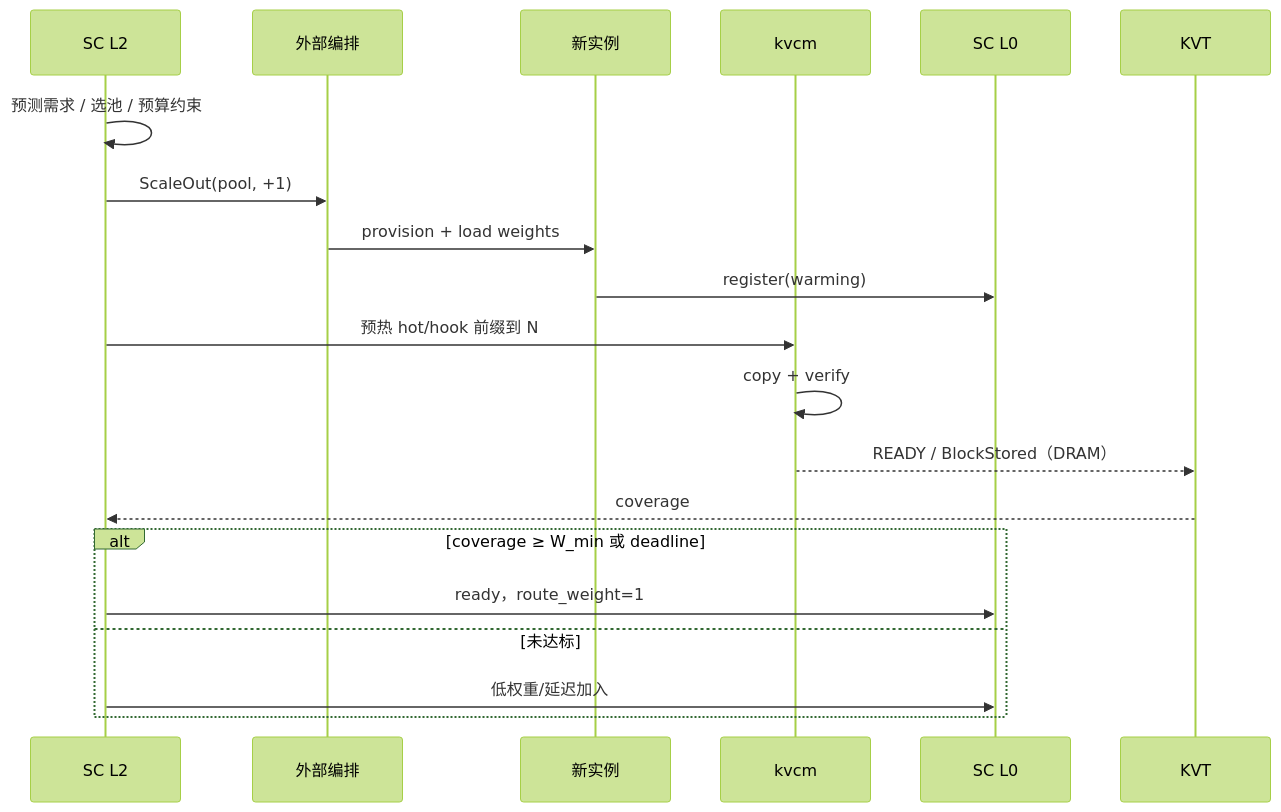
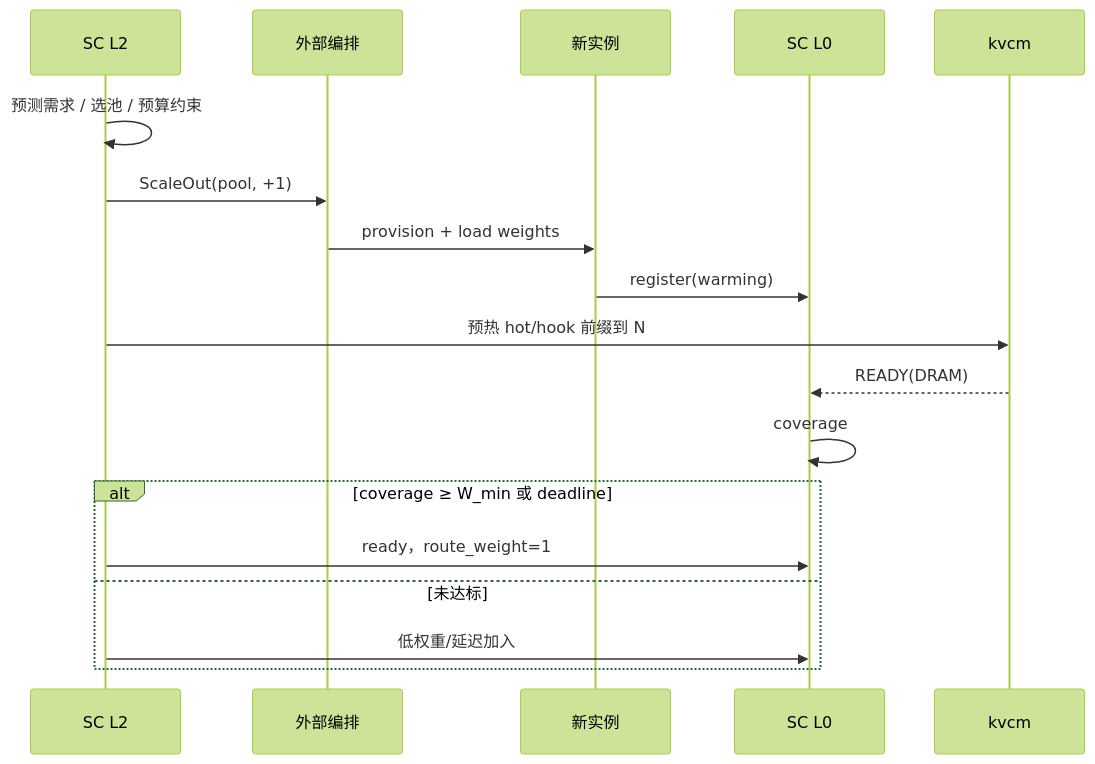
One commit to 5x8-40/lake changed the fifth of 9 diagrams in kvcm/design/D8b-scheduling-sequences.md. Above: the diagram before and after it, drawn with Mermaid (forest theme). The commit also changed other lines of this file, not shown here.

````diff
--- a/kvcm/design/D8b-scheduling-sequences.md
+++ b/kvcm/design/D8b-scheduling-sequences.md
@@ -136,23 +132,21 @@
 ```mermaid
 sequenceDiagram
     participant L2 as SC L2
     participant O as 外部编排
     participant N as 新实例
+    participant R as SC L0
     participant K as kvcm
-    participant R as SC L0
-    participant KVT as KVT
 
     L2->>L2: 预测需求 / 选池 / 预算约束
     L2->>O: ScaleOut(pool, +1)
     O->>N: provision + load weights
     N->>R: register(warming)
     L2->>K: 预热 hot/hook 前缀到 N
-    K->>K: copy + verify
-    K-->>KVT: READY / BlockStored（DRAM）
-    KVT-->>L2: coverage
+    K-->>R: READY(DRAM)
+    R->>R: coverage
     alt coverage ≥ W_min 或 deadline
         L2->>R: ready，route_weight=1
     else 未达标
         L2->>R: 低权重/延迟加入
     end
 ```
````
